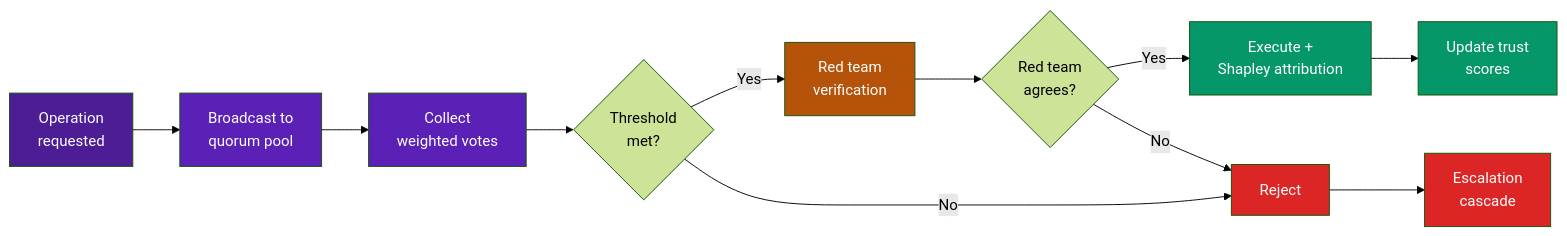
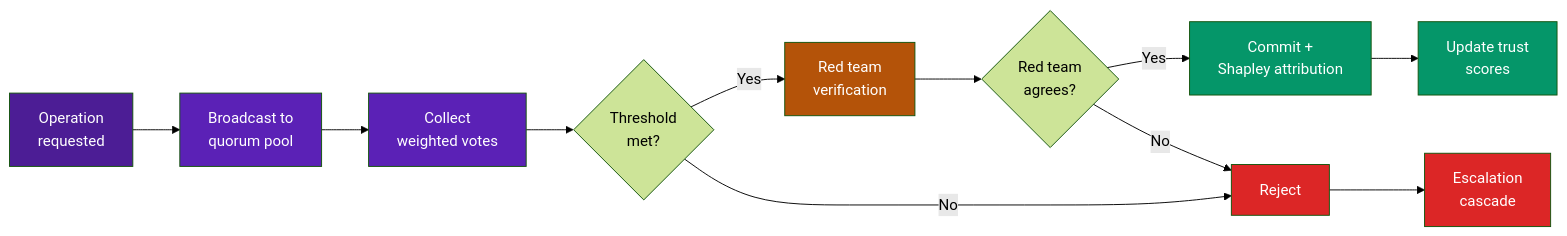
The third of 3 diagrams in docs/architecture/overview.md (seangalliher/ProbOS), drawn with Mermaid (forest theme) before and after one commit. The commit also changed other lines of this file and 21 other files, not shown here.

````diff
--- a/docs/architecture/overview.md
+++ b/docs/architecture/overview.md
@@ -82,22 +91,22 @@
 ```mermaid
 flowchart LR
     A[Operation\nrequested] --> B[Broadcast to\nquorum pool]
     B --> C[Collect\nweighted votes]
     C --> D{Threshold\nmet?}
     D -->|Yes| E[Red team\nverification]
     D -->|No| H[Reject]
     E --> F{Red team\nagrees?}
-    F -->|Yes| G[Execute +\nShapley attribution]
+    F -->|Yes| G[Commit +\nShapley attribution]
     F -->|No| H
     G --> I[Update trust\nscores]
     H --> J[Escalation\ncascade]
 
     style A fill:#4c1d95,color:#fff
     style B fill:#5b21b6,color:#fff
     style C fill:#5b21b6,color:#fff
     style E fill:#b45309,color:#fff
     style G fill:#059669,color:#fff
     style H fill:#dc2626,color:#fff
     style I fill:#059669,color:#fff
     style J fill:#dc2626,color:#fff
 ```
````
